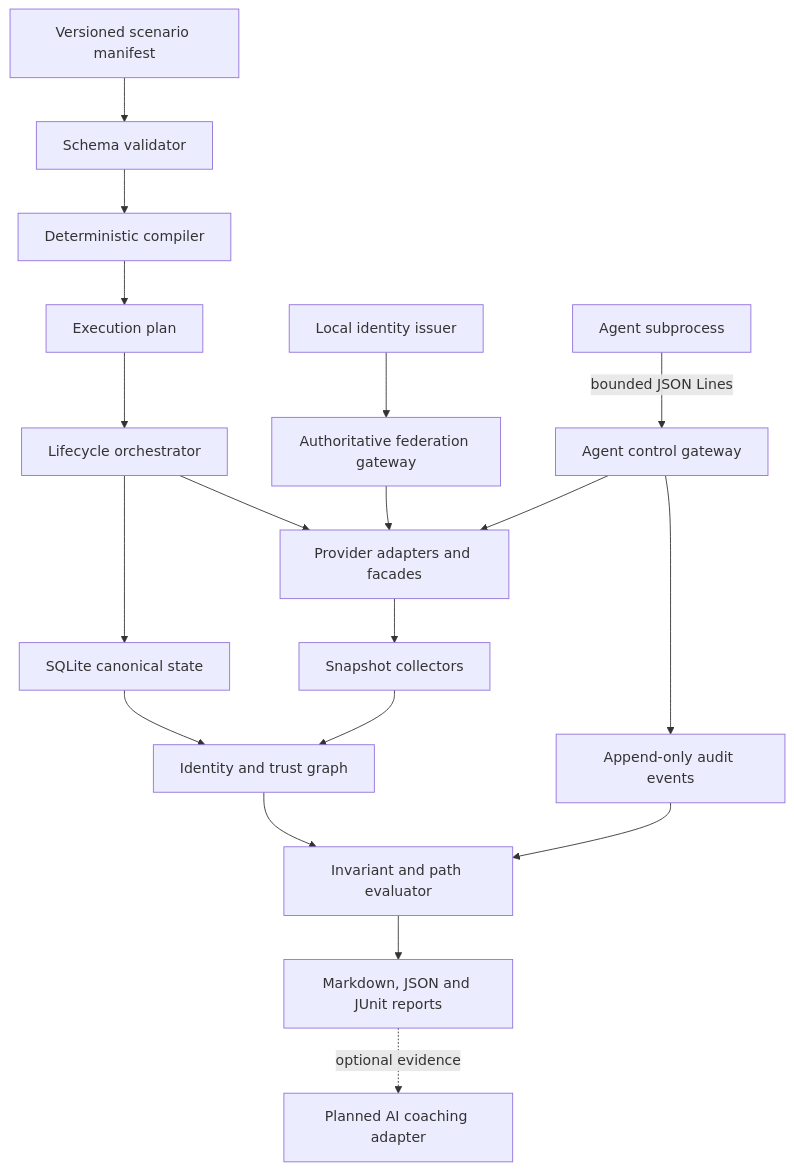
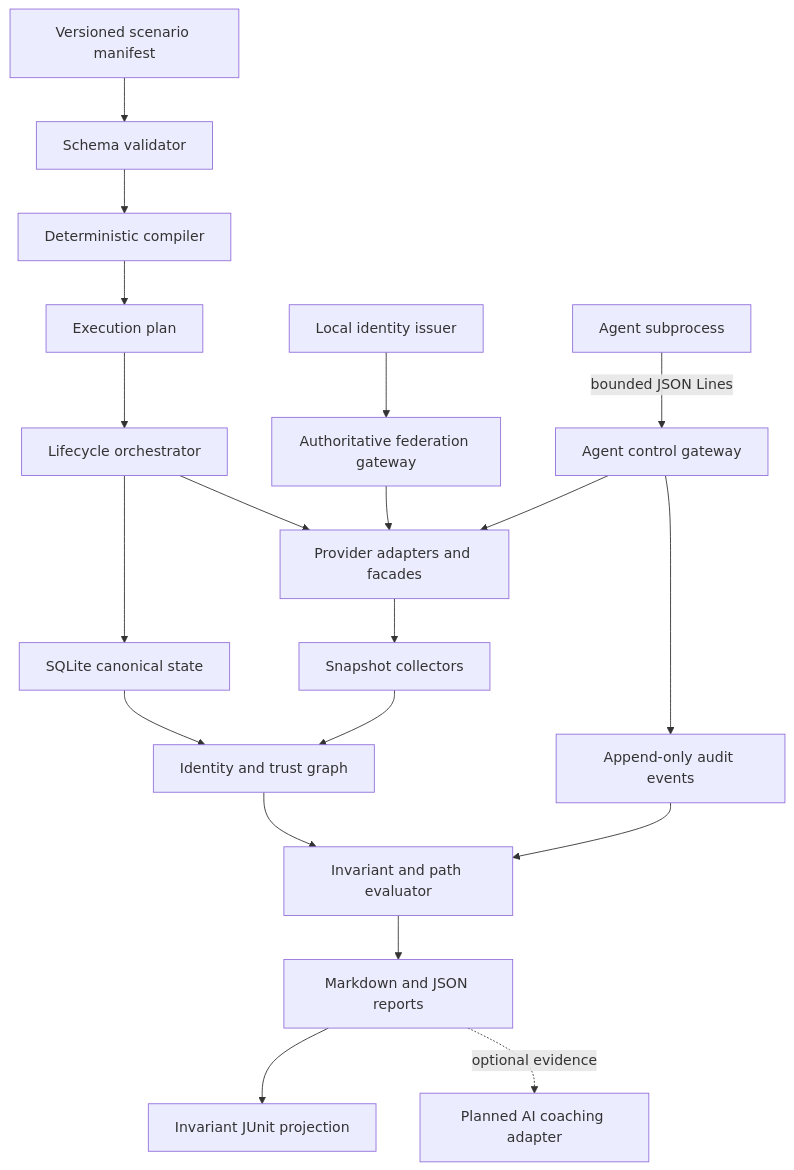
Before and after one commit to msinclair25/cailab: the second of 2 diagrams in docs/02-architecture/system-architecture.md, drawn with Mermaid. The commit also changed other lines of this file and 82 other files, not shown here.

````diff
--- a/docs/02-architecture/system-architecture.md
+++ b/docs/02-architecture/system-architecture.md
@@ -29,21 +29,22 @@
 ```mermaid
 flowchart TD
     Manifest["Versioned scenario manifest"] --> Validator["Schema validator"]
     Validator --> Compiler["Deterministic compiler"]
     Compiler --> Plan["Execution plan"]
     Plan --> Orchestrator["Lifecycle orchestrator"]
     Orchestrator --> State["SQLite canonical state"]
     Orchestrator --> Providers["Provider adapters and facades"]
     State --> Graph["Identity and trust graph"]
     Providers --> Collector["Snapshot collectors"]
     Collector --> Graph
     Issuer["Local identity issuer"] --> Federation["Authoritative federation gateway"]
     Federation --> Providers
     AgentGateway["Agent control gateway"] --> Providers
     AgentGateway --> Audit["Append-only audit events"]
     AgentProcess["Agent subprocess"] -->|"bounded JSON Lines"| AgentGateway
     Graph --> Evaluator["Invariant and path evaluator"]
     Audit --> Evaluator
-    Evaluator --> Reporter["Markdown, JSON and JUnit reports"]
+    Evaluator --> Reporter["Markdown and JSON reports"]
+    Reporter --> JUnit["Invariant JUnit projection"]
     Reporter -. optional evidence .-> Coach["Planned AI coaching adapter"]
 ```
````
